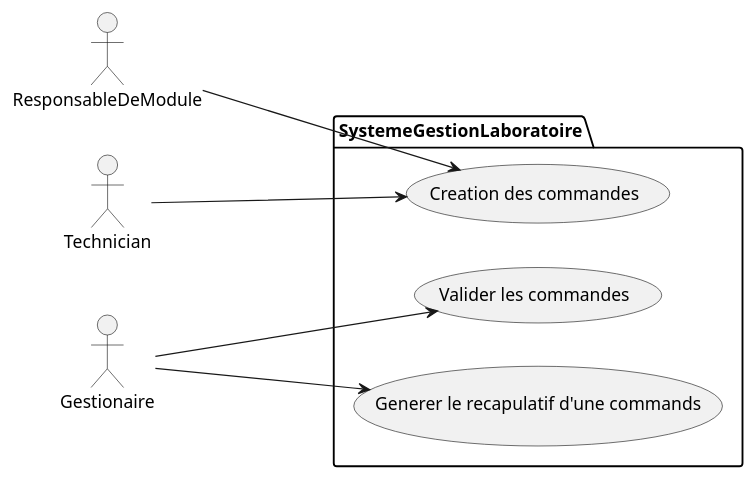
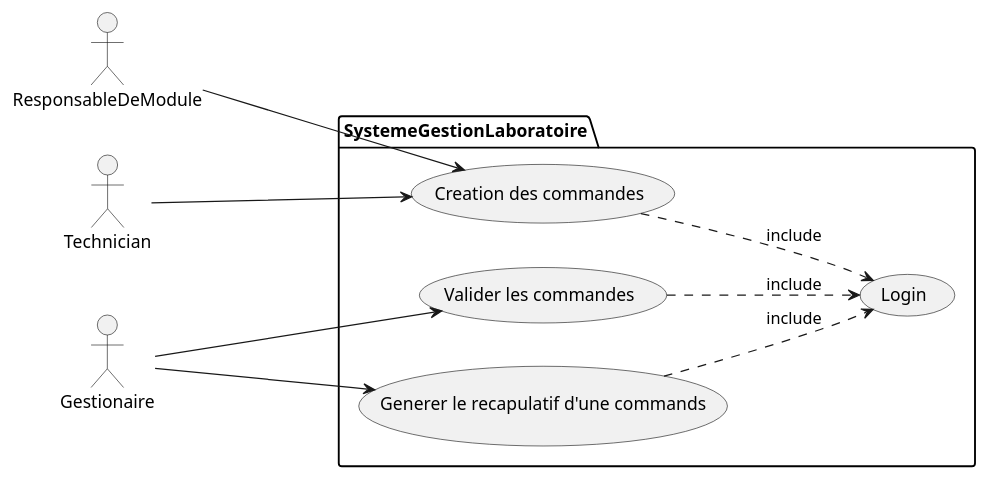
One commit to Bugman-Media/codename-lms changed the diagram in src/main/resources/diagrams/PrimaryUseCaseDiagram.puml. Above: the diagram before and after it, drawn with PlantUML.

Commit message:
doc: Added the login usecase to the UML

```diff
--- a/src/main/resources/diagrams/PrimaryUseCaseDiagram.puml
+++ b/src/main/resources/diagrams/PrimaryUseCaseDiagram.puml
@@ -1,31 +1,35 @@
 @startuml
 'https://plantuml.com/use-case-diagram
 left to right direction
 
 actor ResponsableDeModule as rdm
 actor Technician as tch
 actor Gestionaire as gs
 
 package SystemeGestionLaboratoire {
     usecase "Creation des commandes" as rdc
     usecase "Valider les commandes" as vlc
     usecase "Generer le recapulatif d'une commands" as grc
+    usecase "Login"
 }
 
 rdm ---> rdc
 tch ---> rdc
 gs ---> vlc
 gs ---> grc
 
+rdc ..> Login : include
+vlc ..> Login : include
+grc ..> Login : include
 '
 'note right of Admin : This is an example.
 '
 'note right of (Use)
 'A note can also
 'be on several lines
 'end note
 '
 'note "This note is connected\nto several objects." as N2
 '(Start) .. N2
 'N2 .. (Use)
 @enduml
```
